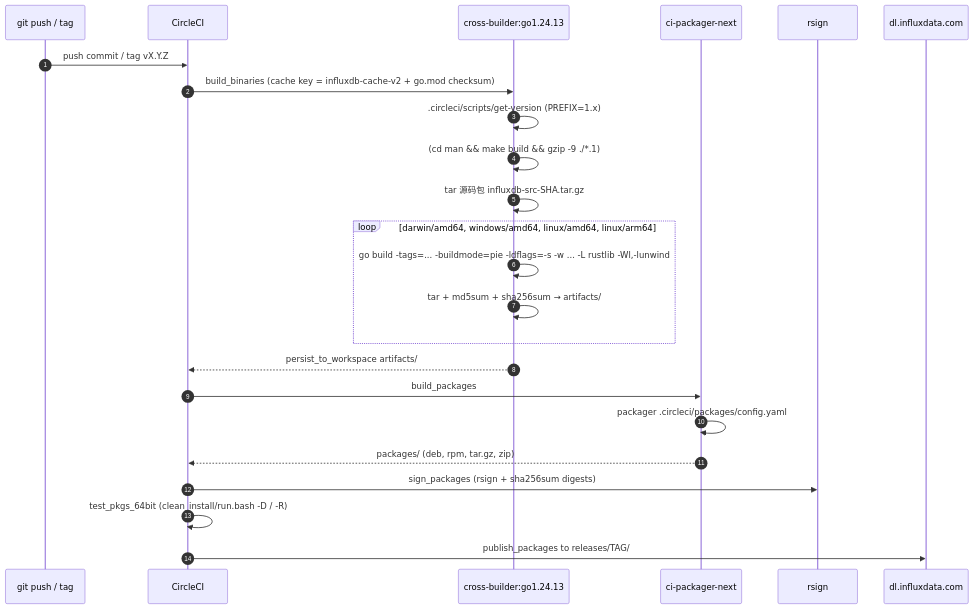
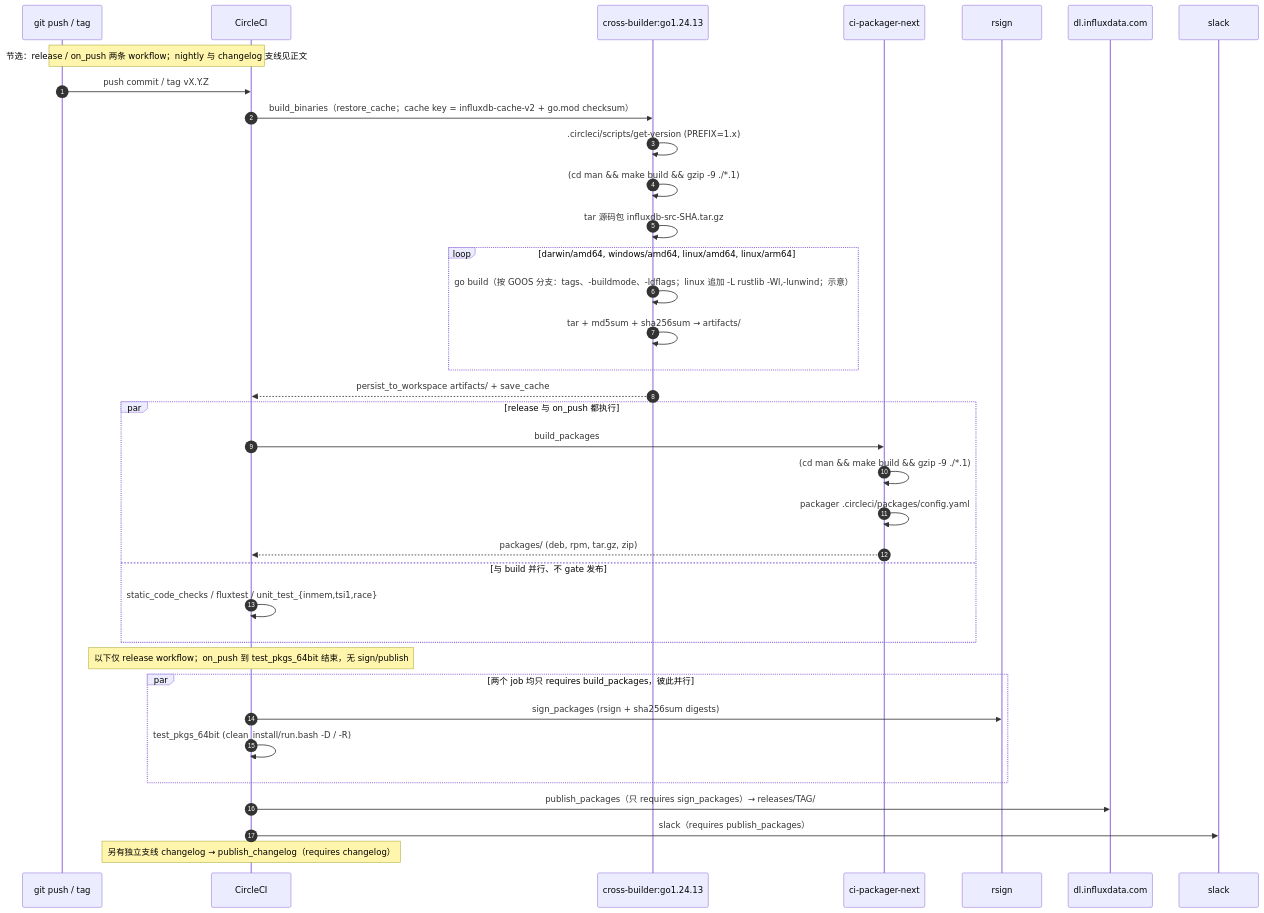
Before and after one commit to stefanv5/influxdb: the second of 2 diagrams in docs/specs/v1.8.10-vs-v1.12.3/07_build_perf_diff.md, drawn with Mermaid. The commit also changed other lines of this file and 18 other files, not shown here.

````diff
--- a/docs/specs/v1.8.10-vs-v1.12.3/07_build_perf_diff.md
+++ b/docs/specs/v1.8.10-vs-v1.12.3/07_build_perf_diff.md
@@ -117,27 +128,39 @@
 ```mermaid
 sequenceDiagram
     autonumber
     participant Dev as git push / tag
     participant CI as CircleCI
     participant XB as cross-builder:go1.24.13
     participant PK as ci-packager-next
     participant SG as rsign
     participant S3 as dl.influxdata.com
+    participant SL as slack
 
+    Note over Dev,CI: 节选：release / on_push 两条 workflow；nightly 与 changelog 支线见正文
     Dev->>CI: push commit / tag vX.Y.Z
-    CI->>XB: build_binaries (cache key = influxdb-cache-v2 + go.mod checksum)
+    CI->>XB: build_binaries（restore_cache；cache key = influxdb-cache-v2 + go.mod checksum）
     XB->>XB: .circleci/scripts/get-version (PREFIX=1.x)
     XB->>XB: (cd man && make build && gzip -9 ./*.1)
     XB->>XB: tar 源码包 influxdb-src-SHA.tar.gz
     loop darwin/amd64, windows/amd64, linux/amd64, linux/arm64
-        XB->>XB: go build -tags=... -buildmode=pie -ldflags=-s -w ... -L rustlib -Wl,-lunwind
+        XB->>XB: go build（按 GOOS 分支：tags、-buildmode、-ldflags；linux 追加 -L rustlib -Wl,-lunwind；示意）
         XB->>XB: tar + md5sum + sha256sum → artifacts/
     end
-    XB-->>CI: persist_to_workspace artifacts/
-    CI->>PK: build_packages
-    PK->>PK: packager .circleci/packages/config.yaml
-    PK-->>CI: packages/ (deb, rpm, tar.gz, zip)
-    CI->>SG: sign_packages (rsign + sha256sum digests)
-    CI->>CI: test_pkgs_64bit (clean_install/run.bash -D / -R)
-    CI->>S3: publish_packages to releases/TAG/
+    XB-->>CI: persist_to_workspace artifacts/ + save_cache
+    par release 与 on_push 都执行
+        CI->>PK: build_packages
+        PK->>PK: (cd man && make build && gzip -9 ./*.1)
+        PK->>PK: packager .circleci/packages/config.yaml
+        PK-->>CI: packages/ (deb, rpm, tar.gz, zip)
+    and 与 build 并行、不 gate 发布
+        CI->>CI: static_code_checks / fluxtest / unit_test_{inmem,tsi1,race}
+    end
+    Note over CI: 以下仅 release workflow；on_push 到 test_pkgs_64bit 结束，无 sign/publish
+    par 两个 job 均只 requires build_packages，彼此并行
+        CI->>SG: sign_packages (rsign + sha256sum digests)
+        CI->>CI: test_pkgs_64bit (clean_install/run.bash -D / -R)
+    end
+    CI->>S3: publish_packages（只 requires sign_packages）→ releases/TAG/
+    CI->>SL: slack（requires publish_packages）
+    Note over CI: 另有独立支线 changelog → publish_changelog（requires changelog）
 ```
````
